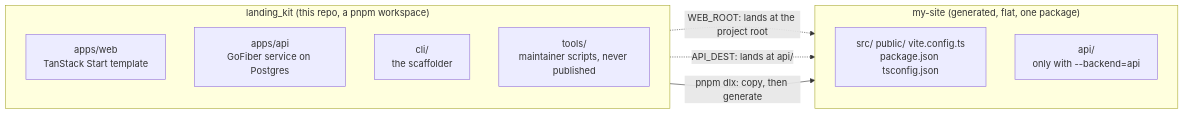
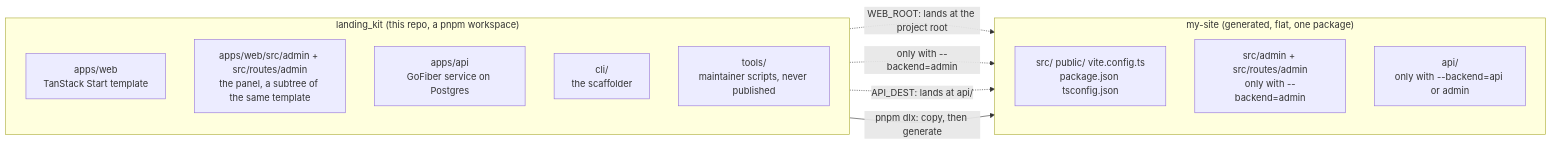
Before and after one commit to tanasoft1/landing_kit: the first of 13 diagrams in ARCHITECTURE.md, drawn with Mermaid. The commit also changed other lines of this file and 11 other files, not shown here.

First line of the commit message:
Document the admin panel

````diff
--- a/ARCHITECTURE.md
+++ b/ARCHITECTURE.md
@@ -31,21 +36,24 @@
 ```mermaid
 flowchart LR
   subgraph KIT["landing_kit (this repo, a pnpm workspace)"]
     direction TB
     WEB["apps/web<br/>TanStack Start template"]
+    WADMIN["apps/web/src/admin + src/routes/admin<br/>the panel, a subtree of the same template"]
     API["apps/api<br/>GoFiber service on Postgres"]
     CLI["cli/<br/>the scaffolder"]
     TOOLS["tools/<br/>maintainer scripts, never published"]
   end
 
   CLI -->|"pnpm dlx: copy, then generate"| PROJ
 
   subgraph PROJ["my-site (generated, flat, one package)"]
     direction TB
     PSRC["src/ public/ vite.config.ts<br/>package.json tsconfig.json"]
-    PAPI["api/<br/>only with --backend=api"]
+    PADMIN["src/admin + src/routes/admin<br/>only with --backend=admin"]
+    PAPI["api/<br/>only with --backend=api or admin"]
   end
 
   WEB -.->|"WEB_ROOT: lands at the project root"| PSRC
+  WADMIN -.->|"only with --backend=admin"| PADMIN
   API -.->|"API_DEST: lands at api/"| PAPI
 ```
````
